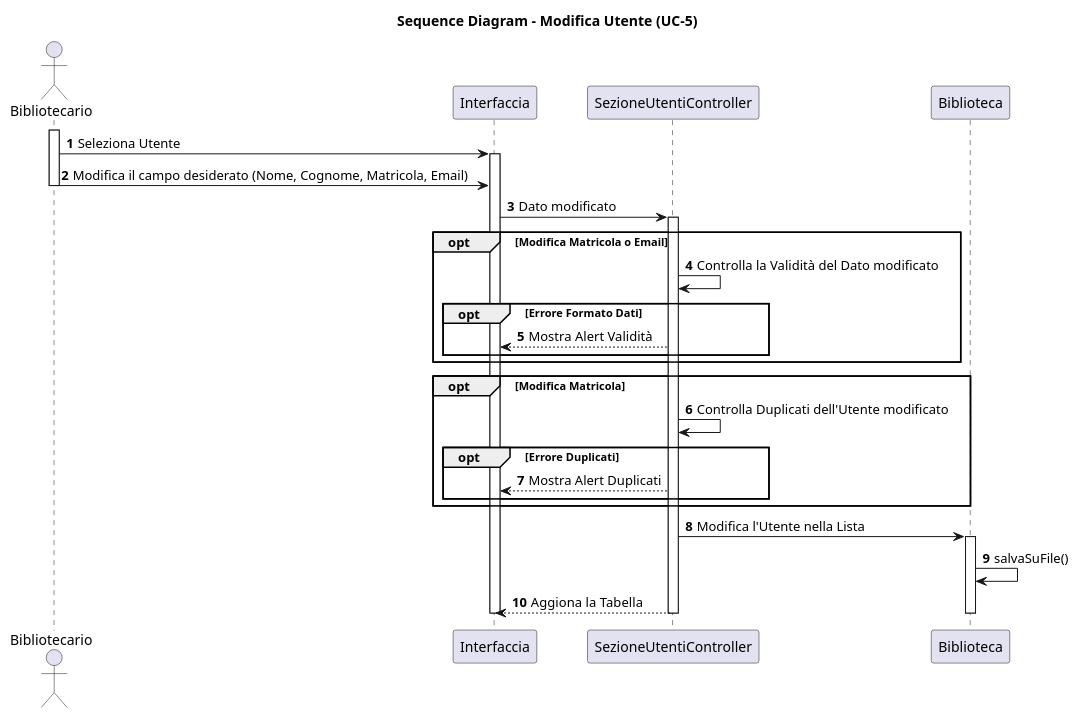
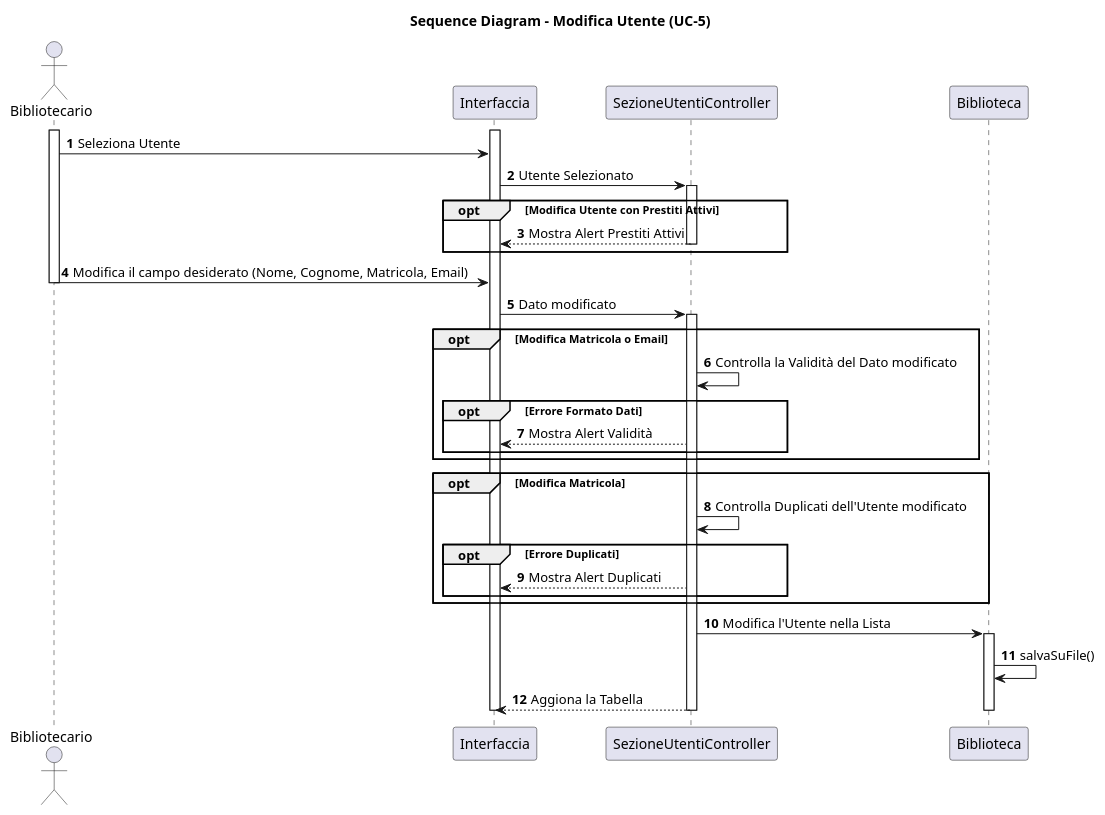
Before and after one commit to AngeloMastandrea04/SoftEng2025_G19: the diagram in Diagrams/Sequence Diagrams/SD_ModificaUtente.puml, drawn with PlantUML. The commit also changed 5 other files, not shown here.

First line of the commit message:
Modifiche per impedire la modifica di utenti/libri con prestiti attivi

```diff
--- a/Diagrams/Sequence Diagrams/SD_ModificaUtente.puml
+++ b/Diagrams/Sequence Diagrams/SD_ModificaUtente.puml
@@ -1,42 +1,52 @@
 @startuml modifica
 title Sequence Diagram - Modifica Utente (UC-5)
 
 autonumber
 
 actor "Bibliotecario" as User
 participant "Interfaccia" as Int
 participant "SezioneUtentiController" as Ctrl
 participant "Biblioteca" as Bib
 
 activate User
 User -> Int : Seleziona Utente
+Int -> Ctrl : Utente Selezionato
+
+opt Modifica Utente con Prestiti Attivi
+activate Ctrl
+Ctrl --> Int : Mostra Alert Prestiti Attivi
+deactivate Ctrl
+end
+
+
 activate Int
 User -> Int : Modifica il campo desiderato (Nome, Cognome, Matricola, Email)
 deactivate User
 Int -> Ctrl : Dato modificato
 
 activate Ctrl
+
 opt Modifica Matricola o Email
 Ctrl -> Ctrl : Controlla la Validità del Dato modificato
 opt Errore Formato Dati
 Ctrl --> Int : Mostra Alert Validità
 end
 end
 
 opt Modifica Matricola
 Ctrl -> Ctrl : Controlla Duplicati dell'Utente modificato 
 opt Errore Duplicati
 Ctrl --> Int : Mostra Alert Duplicati
 end
 end
 
 Ctrl -> Bib : Modifica l'Utente nella Lista
 activate Bib
 Bib -> Bib : salvaSuFile()
 Ctrl --> Int : Aggiona la Tabella
 deactivate Bib
 deactivate Ctrl
 deactivate Int
 
 
 @enduml
```
